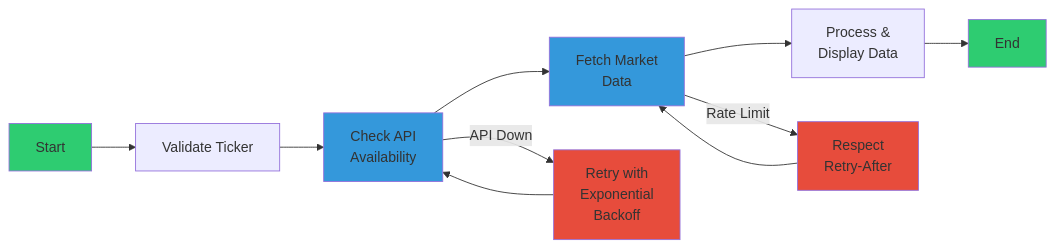
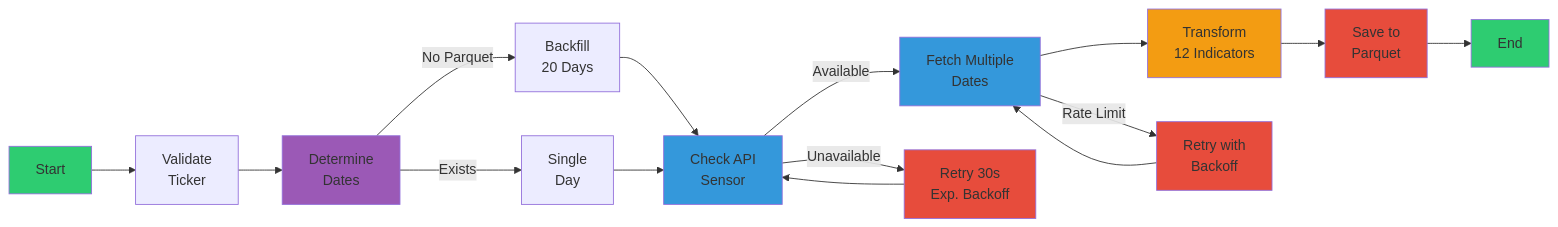
One commit to avalosjuancarlos/poc_airflow changed the second of 2 diagrams in README.md. Above: the diagram before and after it, drawn with Mermaid. The commit also changed other lines of this file and 2 other files, not shown here.

First line of the commit message:
docs: Update documentation for ETL pipeline with technical indicators

````diff
--- a/README.md
+++ b/README.md
@@ -213,21 +230,28 @@
 ```mermaid
 graph LR
-    A[Start] --> B[Validate Ticker]
-    B --> C[Check API<br/>Availability]
-    C --> D[Fetch Market<br/>Data]
-    D --> E[Process &<br/>Display Data]
-    E --> F[End]
+    A[Start] --> B[Validate<br/>Ticker]
+    B --> C[Determine<br/>Dates]
+    C -->|No Parquet| D1[Backfill<br/>20 Days]
+    C -->|Exists| D2[Single<br/>Day]
+    D1 --> E[Check API<br/>Sensor]
+    D2 --> E
+    E -->|Available| F[Fetch Multiple<br/>Dates]
+    E -->|Unavailable| G[Retry 30s<br/>Exp. Backoff]
+    G --> E
+    F --> H[Transform<br/>12 Indicators]
+    H --> I[Save to<br/>Parquet]
+    I --> J[End]
     
-    C -->|API Down| G[Retry with<br/>Exponential<br/>Backoff]
-    G --> C
-    
-    D -->|Rate Limit| H[Respect<br/>Retry-After]
-    H --> D
+    F -->|Rate Limit| K[Retry with<br/>Backoff]
+    K --> F
     
     style A fill:#2ECC71
-    style F fill:#2ECC71
-    style C fill:#3498DB
-    style D fill:#3498DB
+    style J fill:#2ECC71
+    style C fill:#9B59B6
+    style E fill:#3498DB
+    style F fill:#3498DB
+    style H fill:#F39C12
+    style I fill:#E74C3C
     style G fill:#E74C3C
-    style H fill:#E74C3C
+    style K fill:#E74C3C
 ```
````
